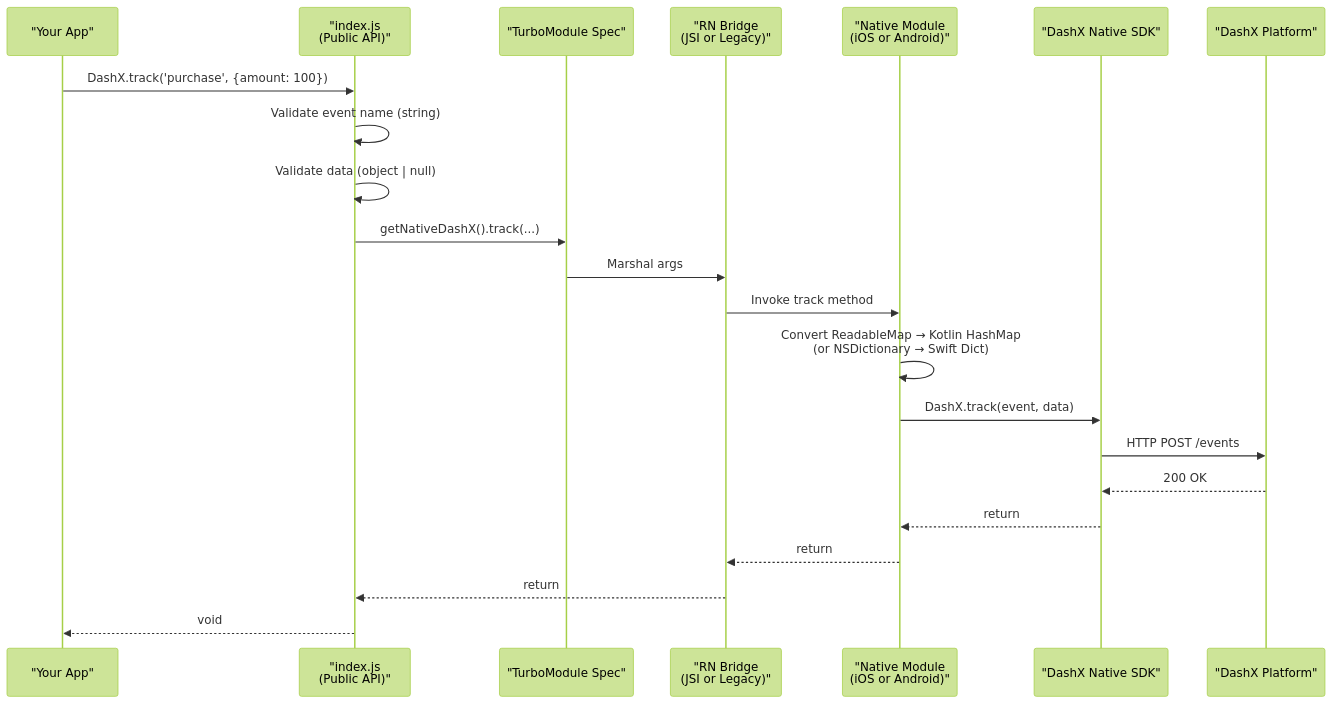
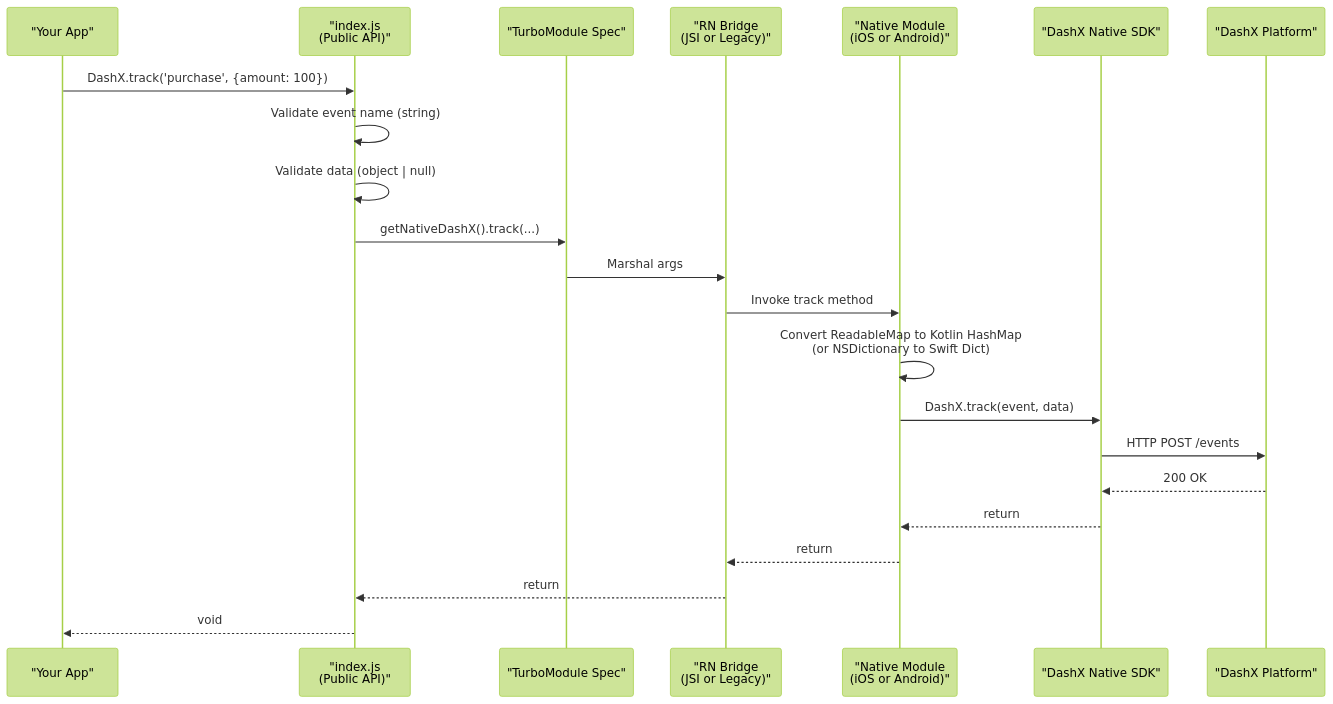
One commit to dashxhq/dashx-react-native changed the fourth of 7 diagrams in README.md. Above: the diagram before and after it, drawn with Mermaid (forest theme). The commit also changed other lines of this file, not shown here.

````diff
--- a/README.md
+++ b/README.md
@@ -202,25 +193,25 @@
 ```mermaid
 sequenceDiagram
     participant App as "Your App"
     participant JS as "index.js<br/>(Public API)"
     participant Spec as "TurboModule Spec"
     participant Bridge as "RN Bridge<br/>(JSI or Legacy)"
     participant Native as "Native Module<br/>(iOS or Android)"
     participant SDK as "DashX Native SDK"
     participant Backend as "DashX Platform"
 
     App->>JS: DashX.track('purchase', {amount: 100})
     JS->>JS: Validate event name (string)
     JS->>JS: Validate data (object | null)
     JS->>Spec: getNativeDashX().track(...)
     Spec->>Bridge: Marshal args
     Bridge->>Native: Invoke track method
-    Native->>Native: Convert ReadableMap → Kotlin HashMap<br/>(or NSDictionary → Swift Dict)
+    Native->>Native: Convert ReadableMap to Kotlin HashMap<br/>(or NSDictionary to Swift Dict)
     Native->>SDK: DashX.track(event, data)
     SDK->>Backend: HTTP POST /events
     Backend-->>SDK: 200 OK
     SDK-->>Native: return
     Native-->>Bridge: return
     Bridge-->>JS: return
     JS-->>App: void
 ```
````
